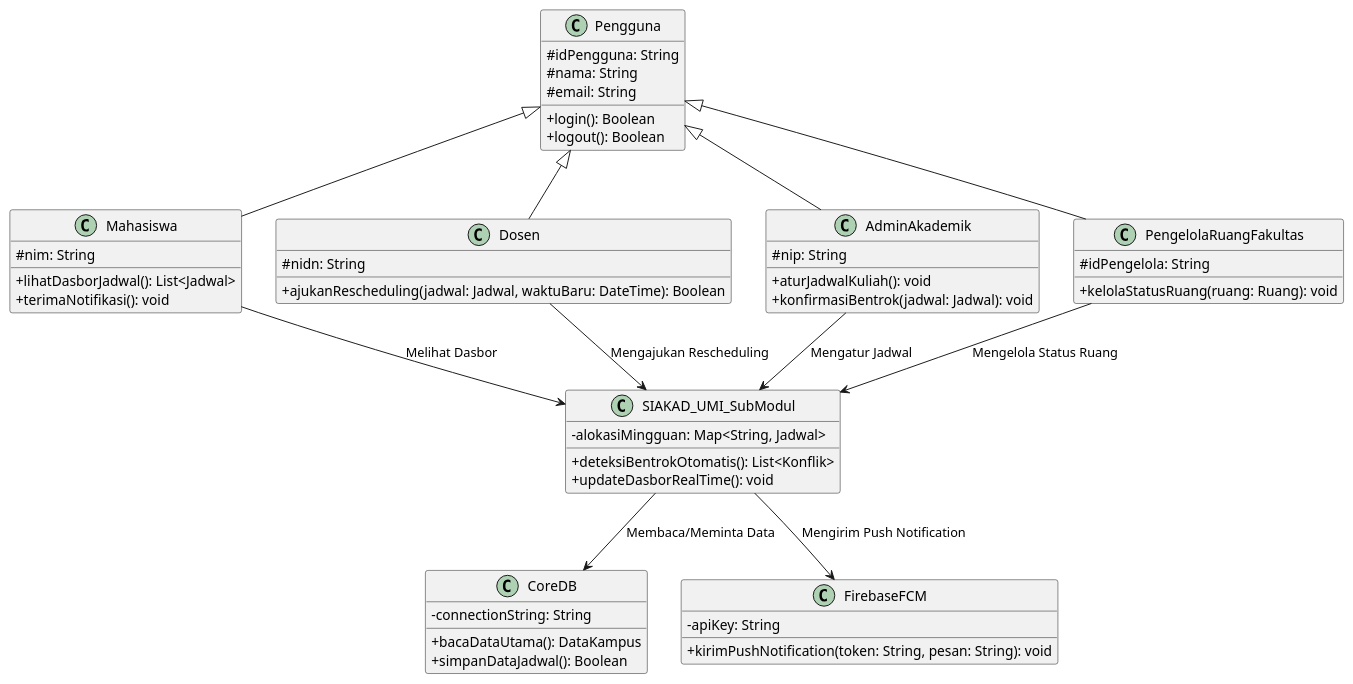
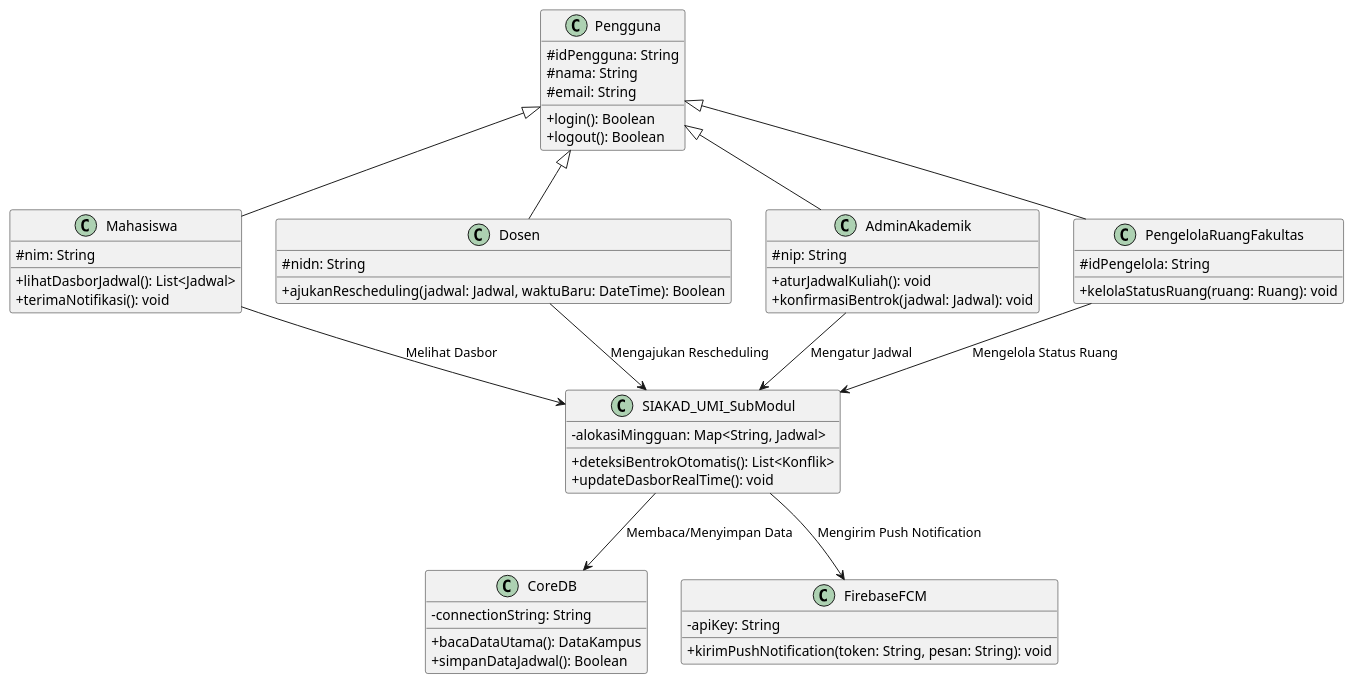
The diagram in uts/U6 Evaluasi.md (hasyimuzadi22-oss/apl-tugas1-kelompok-06), drawn with PlantUML before and after one commit. The commit also changed other lines of this file, not shown here.

````diff
--- a/uts/U6 Evaluasi.md
+++ b/uts/U6 Evaluasi.md
@@ -80,64 +90,64 @@
 ```plantuml
 @startuml
 skinparam classAttributeIconSize 0
 
 class Pengguna {
     # idPengguna: String
     # nama: String
     # email: String
     + login(): Boolean
     + logout(): Boolean
 }
 
 class Mahasiswa {
     # nim: String
     + lihatDasborJadwal(): List<Jadwal>
     + terimaNotifikasi(): void
 }
 
 class Dosen {
     # nidn: String
     + ajukanRescheduling(jadwal: Jadwal, waktuBaru: DateTime): Boolean
 }
 
 class AdminAkademik {
     # nip: String
     + aturJadwalKuliah(): void
     + konfirmasiBentrok(jadwal: Jadwal): void
 }
 
 class PengelolaRuangFakultas {
     # idPengelola: String
     + kelolaStatusRuang(ruang: Ruang): void
 }
 
 Pengguna <|-- Mahasiswa
 Pengguna <|-- Dosen
 Pengguna <|-- AdminAkademik
 Pengguna <|-- PengelolaRuangFakultas
 
 class SIAKAD_UMI_SubModul {
     - alokasiMingguan: Map<String, Jadwal>
     + deteksiBentrokOtomatis(): List<Konflik>
     + updateDasborRealTime(): void
 }
 
 class CoreDB {
     - connectionString: String
     + bacaDataUtama(): DataKampus
     + simpanDataJadwal(): Boolean
 }
 
 class FirebaseFCM {
     - apiKey: String
     + kirimPushNotification(token: String, pesan: String): void
 }
 
-SIAKAD_UMI_SubModul --> CoreDB : Membaca/Meminta Data
+SIAKAD_UMI_SubModul --> CoreDB : Membaca/Menyimpan Data
 SIAKAD_UMI_SubModul --> FirebaseFCM : Mengirim Push Notification
 AdminAkademik --> SIAKAD_UMI_SubModul : Mengatur Jadwal
 Dosen --> SIAKAD_UMI_SubModul : Mengajukan Rescheduling
 Mahasiswa --> SIAKAD_UMI_SubModul : Melihat Dasbor
 PengelolaRuangFakultas --> SIAKAD_UMI_SubModul : Mengelola Status Ruang
-@enduml
+@endluml
 ```
````
